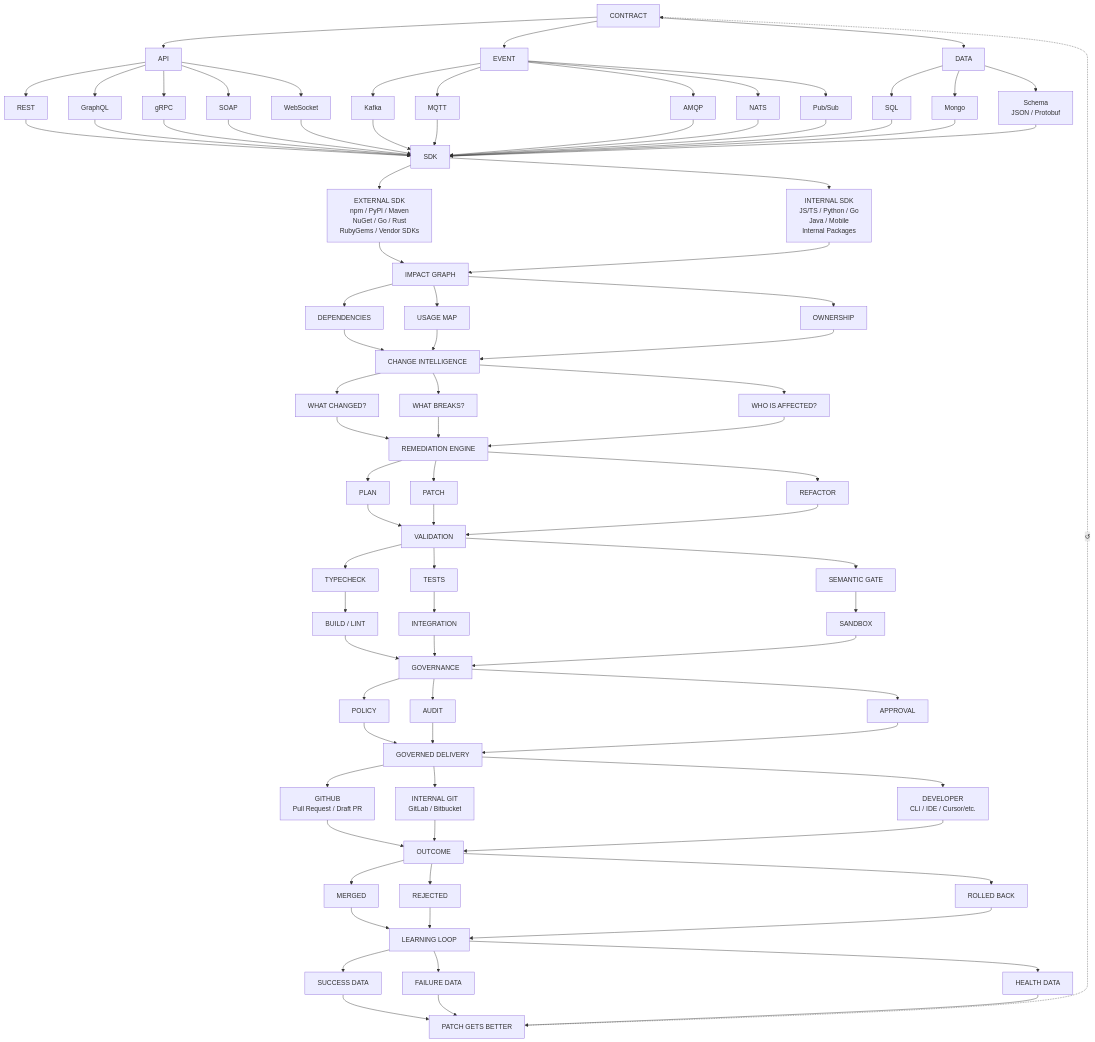
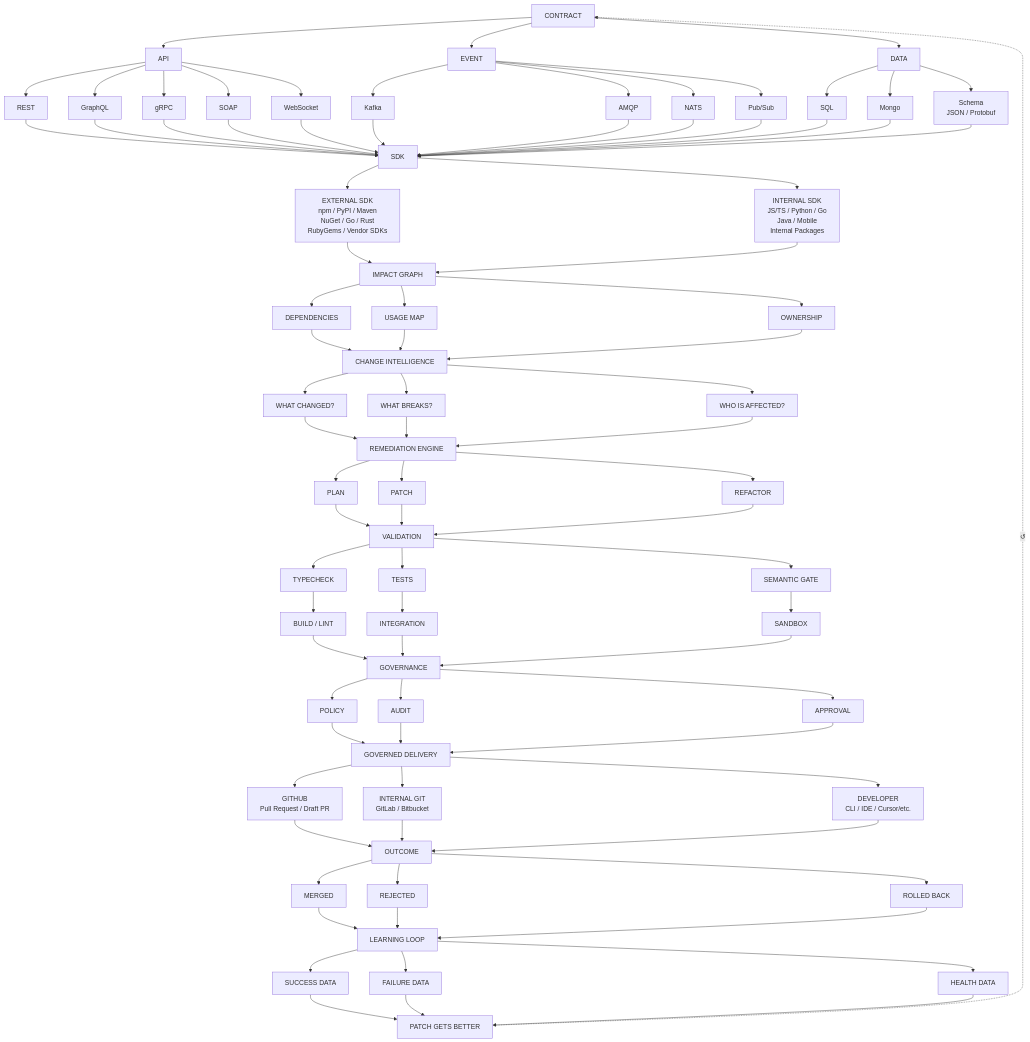
Before and after one commit to Rehan147ig/patchbay: the first of 2 diagrams in README.md, drawn with Mermaid. The commit also changed other lines of this file and 8 other files, not shown here.

````diff
--- a/README.md
+++ b/README.md
@@ -45,69 +45,68 @@
 ```mermaid
 flowchart TD
     CONTRACT["CONTRACT"]
     CONTRACT --> API["API"]
     CONTRACT --> EVENT["EVENT"]
     CONTRACT --> DATA["DATA"]
 
     API --> REST["REST"]
     API --> GQL["GraphQL"]
     API --> GRPC["gRPC"]
     API --> SOAP["SOAP"]
     API --> WS["WebSocket"]
 
     EVENT --> KAFKA["Kafka"]
-    EVENT --> MQTT["MQTT"]
     EVENT --> AMQP["AMQP"]
     EVENT --> NATS["NATS"]
     EVENT --> PUBSUB["Pub/Sub"]
 
     DATA --> SQL["SQL"]
     DATA --> MONGO["Mongo"]
     DATA --> SCHEMA["Schema<br/>JSON / Protobuf"]
 
     REST & GQL & GRPC & SOAP & WS --> SDK
-    KAFKA & MQTT & AMQP & NATS & PUBSUB --> SDK
+    KAFKA & AMQP & NATS & PUBSUB --> SDK
     SQL & MONGO & SCHEMA --> SDK
 
     SDK["SDK"]
     SDK --> EXT["EXTERNAL SDK<br/>npm / PyPI / Maven<br/>NuGet / Go / Rust<br/>RubyGems / Vendor SDKs"]
     SDK --> INT["INTERNAL SDK<br/>JS/TS / Python / Go<br/>Java / Mobile<br/>Internal Packages"]
 
     EXT & INT --> IMPACT["IMPACT GRAPH"]
     IMPACT --> DEP["DEPENDENCIES"]
     IMPACT --> USAGE["USAGE MAP"]
     IMPACT --> OWN["OWNERSHIP"]
     DEP & USAGE & OWN --> CI0["CHANGE INTELLIGENCE"]
     CI0 --> WHAT1["WHAT CHANGED?"]
     CI0 --> WHAT2["WHAT BREAKS?"]
     CI0 --> WHO["WHO IS AFFECTED?"]
     WHAT1 & WHAT2 & WHO --> REMED["REMEDIATION ENGINE"]
     REMED --> PLAN["PLAN"]
     REMED --> PATCH["PATCH"]
     REMED --> REFACT["REFACTOR"]
     PLAN & PATCH & REFACT --> VALID["VALIDATION"]
     VALID --> TC["TYPECHECK"]
     VALID --> TESTS["TESTS"]
     VALID --> SEM["SEMANTIC GATE"]
     TC --> BUILD["BUILD / LINT"]
     TESTS --> INTEG["INTEGRATION"]
     SEM --> SBX["SANDBOX"]
     BUILD & INTEG & SBX --> GOV["GOVERNANCE"]
     GOV --> POL["POLICY"]
     GOV --> AUDIT2["AUDIT"]
     GOV --> APPR["APPROVAL"]
     POL & AUDIT2 & APPR --> DELIV["GOVERNED DELIVERY"]
     DELIV --> GH["GITHUB<br/>Pull Request / Draft PR"]
     DELIV --> IGIT["INTERNAL GIT<br/>GitLab / Bitbucket"]
     DELIV --> DEV["DEVELOPER<br/>CLI / IDE / Cursor/etc."]
     GH & IGIT & DEV --> OUT["OUTCOME"]
     OUT --> MERGED["MERGED"]
     OUT --> REJ["REJECTED"]
     OUT --> RB["ROLLED BACK"]
     MERGED & REJ & RB --> LEARN["LEARNING LOOP"]
     LEARN --> SDATA["SUCCESS DATA"]
     LEARN --> FDATA["FAILURE DATA"]
     LEARN --> HDATA["HEALTH DATA"]
     SDATA & FDATA & HDATA --> BETTER["PATCH GETS BETTER"]
     BETTER -.->|↺| CONTRACT
 ```
````
